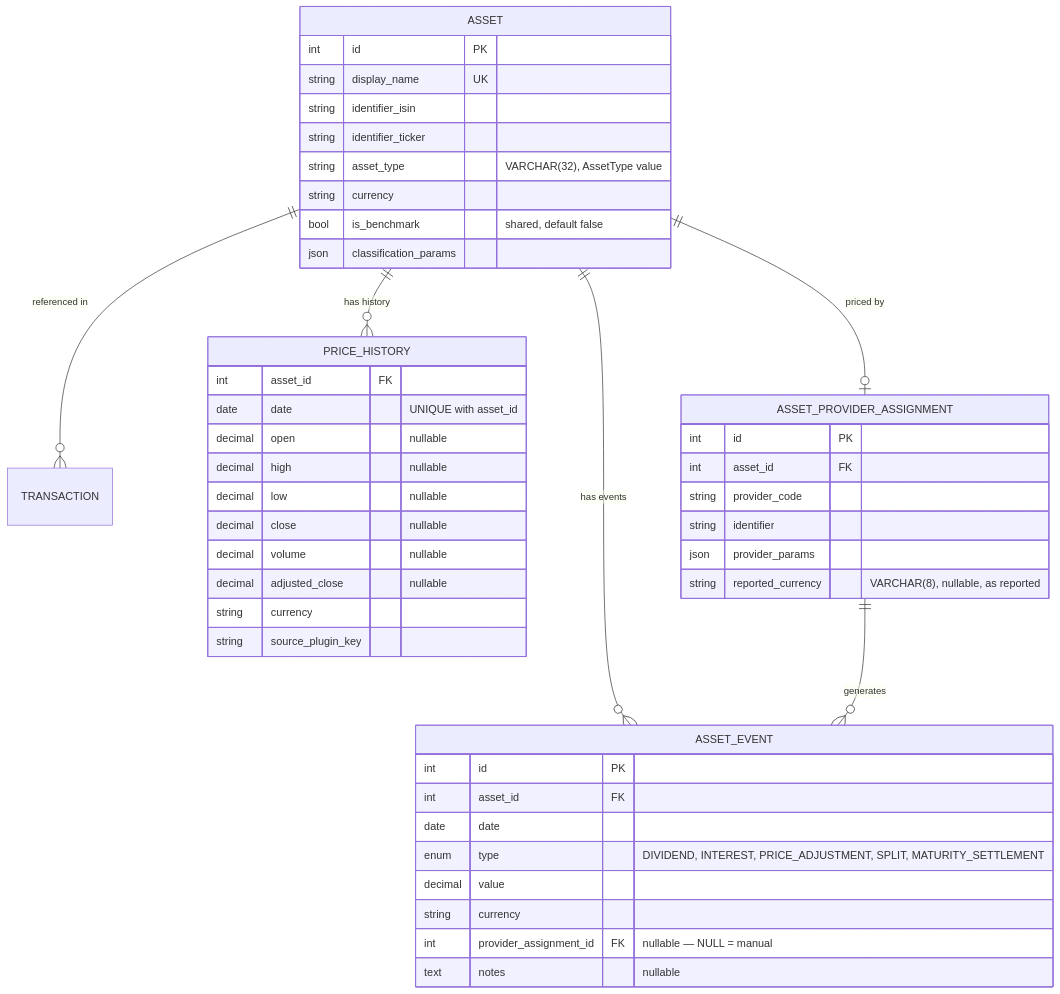
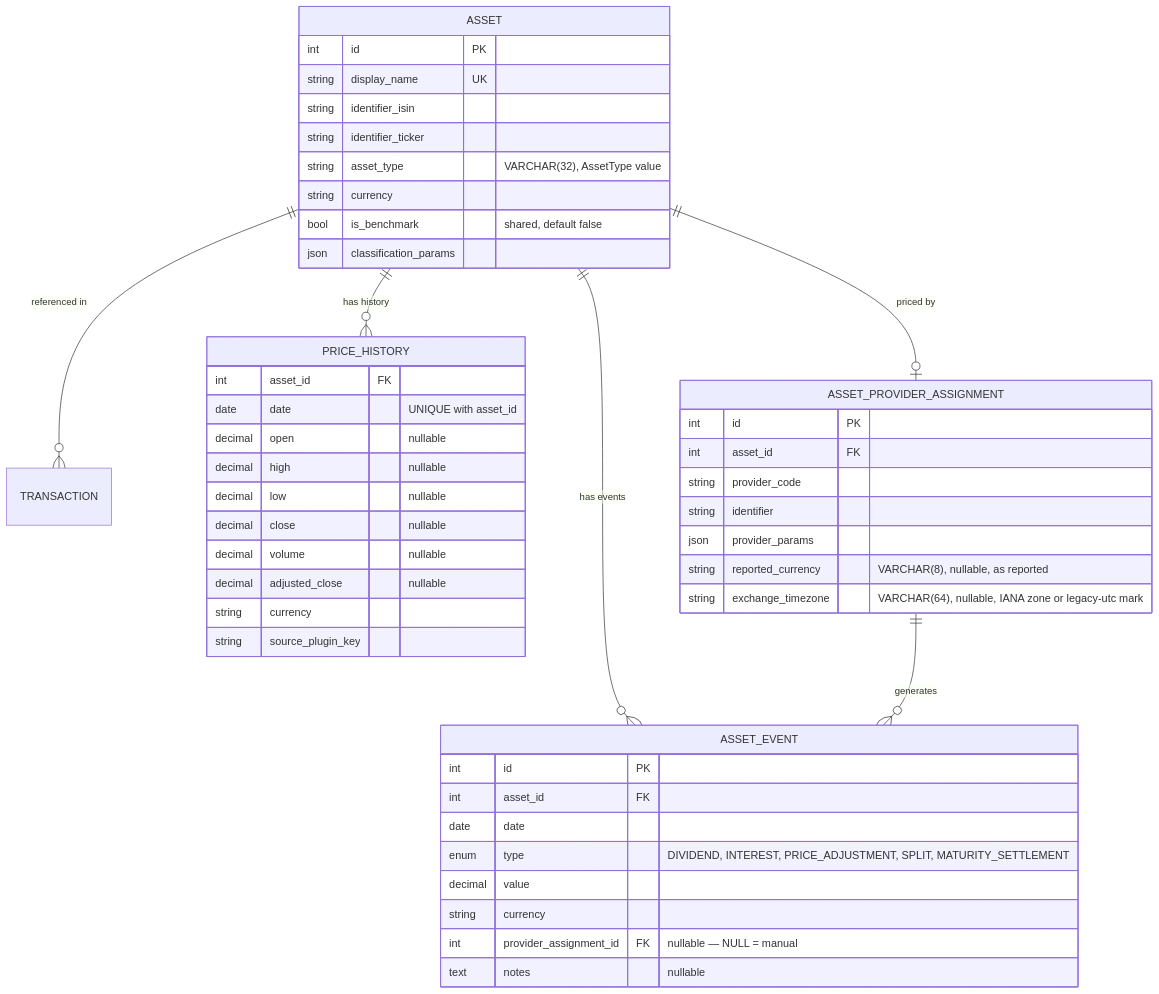
One commit to Librefolio/LibreFolio changed the diagram in mkdocs_src/docs/developer/architecture/database/assets_pricing.md. Above: the diagram before and after it, drawn with Mermaid. The commit also changed other lines of this file and 21 other files, not shown here.

````diff
--- a/mkdocs_src/docs/developer/architecture/database/assets_pricing.md
+++ b/mkdocs_src/docs/developer/architecture/database/assets_pricing.md
@@ -7,52 +7,53 @@
 ```mermaid
 erDiagram
     ASSET ||--o{ TRANSACTION : "referenced in"
     ASSET ||--o{ PRICE_HISTORY : "has history"
     ASSET ||--o| ASSET_PROVIDER_ASSIGNMENT : "priced by"
     ASSET ||--o{ ASSET_EVENT : "has events"
     ASSET_PROVIDER_ASSIGNMENT ||--o{ ASSET_EVENT : "generates"
 
     ASSET {
         int id PK
         string display_name UK
         string identifier_isin
         string identifier_ticker
         string asset_type "VARCHAR(32), AssetType value"
         string currency
         bool is_benchmark "shared, default false"
         json classification_params
     }
 
     PRICE_HISTORY {
         int asset_id FK
         date date "UNIQUE with asset_id"
         decimal open "nullable"
         decimal high "nullable"
         decimal low "nullable"
         decimal close "nullable"
         decimal volume "nullable"
         decimal adjusted_close "nullable"
         string currency
         string source_plugin_key
     }
 
     ASSET_PROVIDER_ASSIGNMENT {
         int id PK
         int asset_id FK
         string provider_code
         string identifier
         json provider_params
         string reported_currency "VARCHAR(8), nullable, as reported"
+        string exchange_timezone "VARCHAR(64), nullable, IANA zone or legacy-utc mark"
     }
 
     ASSET_EVENT {
         int id PK
         int asset_id FK
         date date
         enum type "DIVIDEND, INTEREST, PRICE_ADJUSTMENT, SPLIT, MATURITY_SETTLEMENT"
         decimal value
         string currency
         int provider_assignment_id FK "nullable — NULL = manual"
         text notes "nullable"
     }
 ```
````
